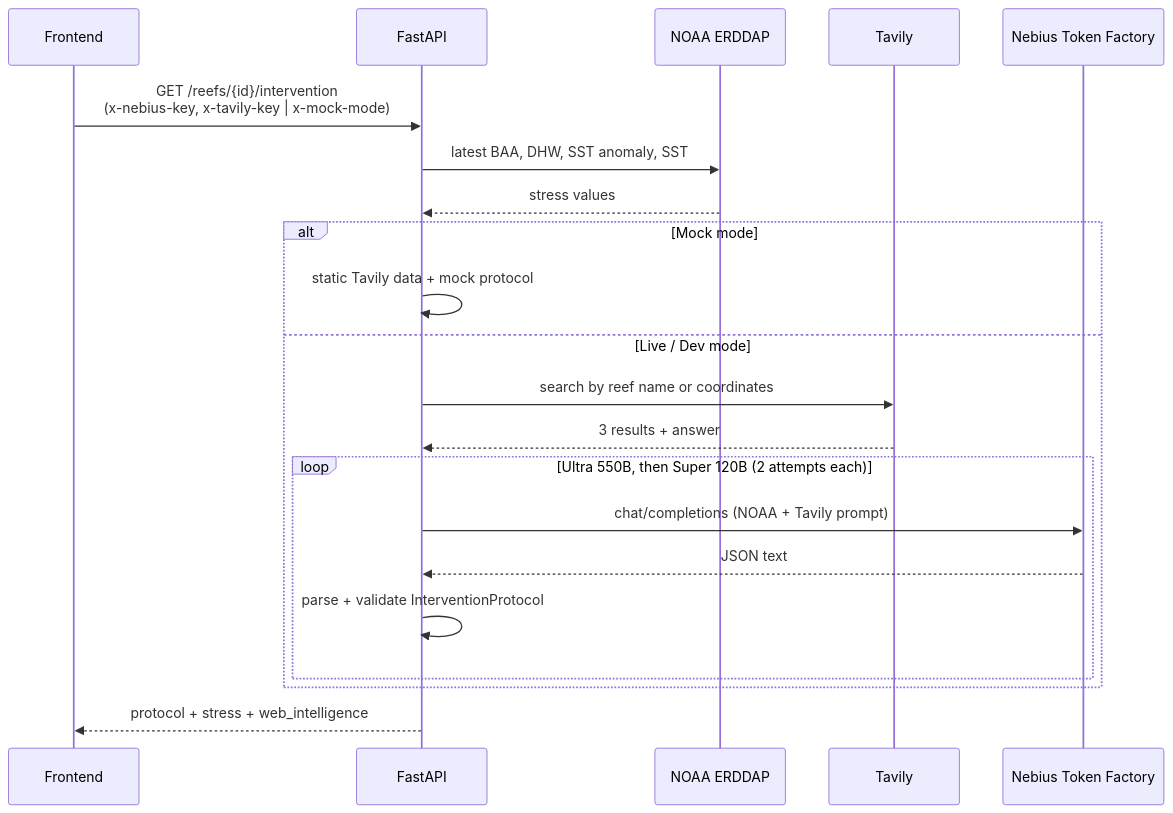
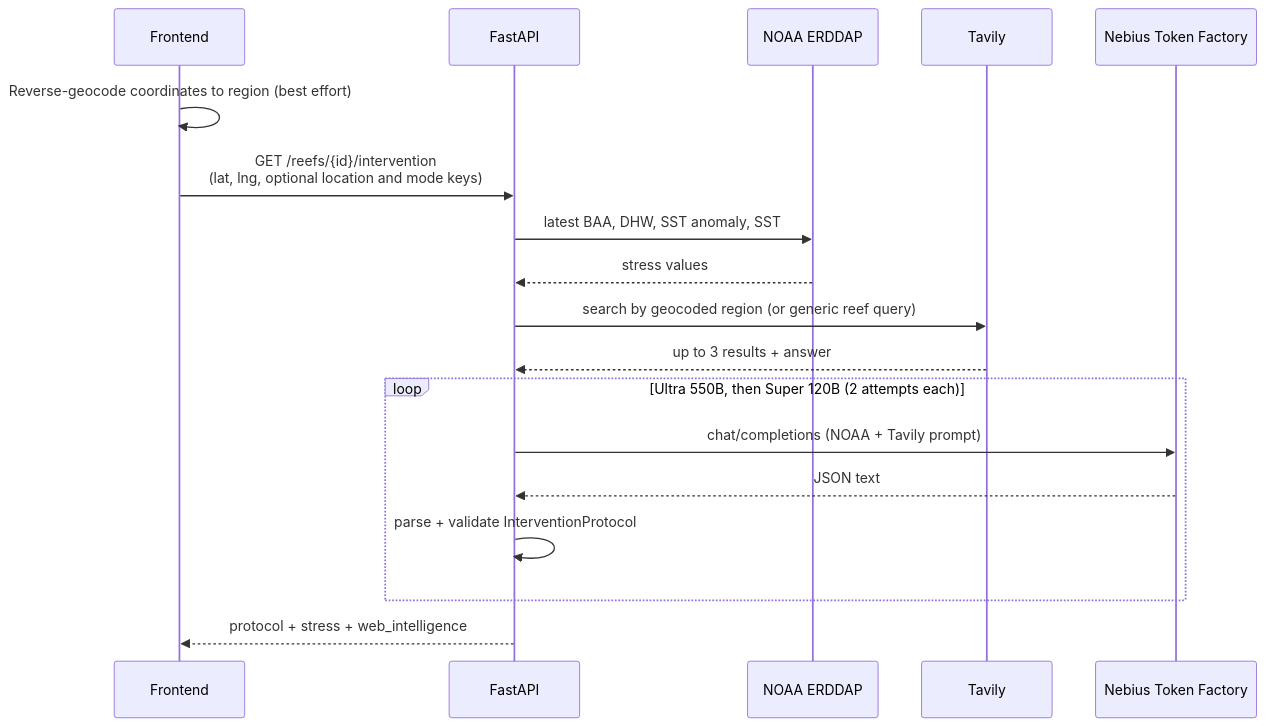
Before and after one commit to vero-code/thermoreef: the second of 2 diagrams in ARCHITECTURE.md, drawn with Mermaid. The commit also changed other lines of this file and 4 other files, not shown here.

Commit message:
docs: update architecture with feature descriptions

````diff
--- a/ARCHITECTURE.md
+++ b/ARCHITECTURE.md
@@ -93,24 +96,21 @@
 ```mermaid
 sequenceDiagram
     participant FE as Frontend
     participant BE as FastAPI
     participant N as NOAA ERDDAP
     participant T as Tavily
     participant NB as Nebius Token Factory
 
-    FE->>BE: GET /reefs/{id}/intervention<br/>(x-nebius-key, x-tavily-key | x-mock-mode)
+    FE->>FE: Reverse-geocode coordinates to region (best effort)
+    FE->>BE: GET /reefs/{id}/intervention<br/>(lat, lng, optional location and mode keys)
     BE->>N: latest BAA, DHW, SST anomaly, SST
     N-->>BE: stress values
-    alt Mock mode
-        BE->>BE: static Tavily data + mock protocol
-    else Live / Dev mode
-        BE->>T: search by reef name or coordinates
-        T-->>BE: 3 results + answer
-        loop Ultra 550B, then Super 120B (2 attempts each)
-            BE->>NB: chat/completions (NOAA + Tavily prompt)
-            NB-->>BE: JSON text
-            BE->>BE: parse + validate InterventionProtocol
-        end
+    BE->>T: search by geocoded region (or generic reef query)
+    T-->>BE: up to 3 results + answer
+    loop Ultra 550B, then Super 120B (2 attempts each)
+        BE->>NB: chat/completions (NOAA + Tavily prompt)
+        NB-->>BE: JSON text
+        BE->>BE: parse + validate InterventionProtocol
     end
     BE-->>FE: protocol + stress + web_intelligence
 ```
````
